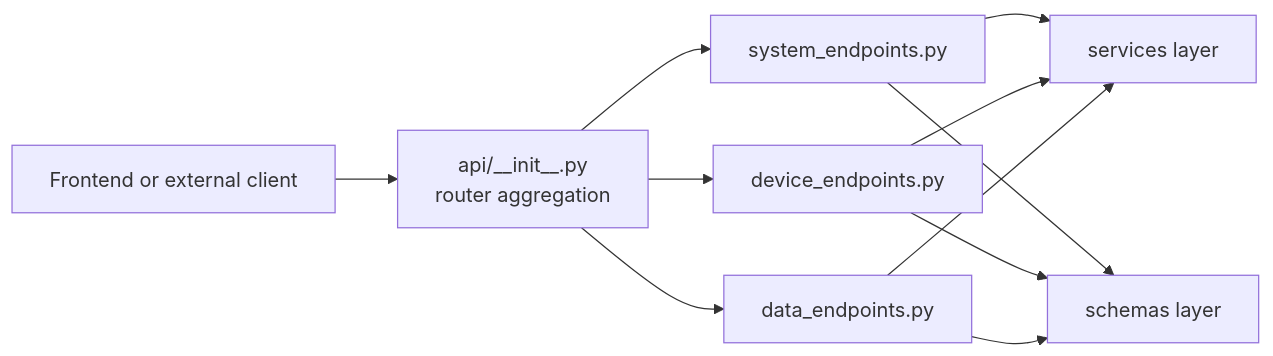
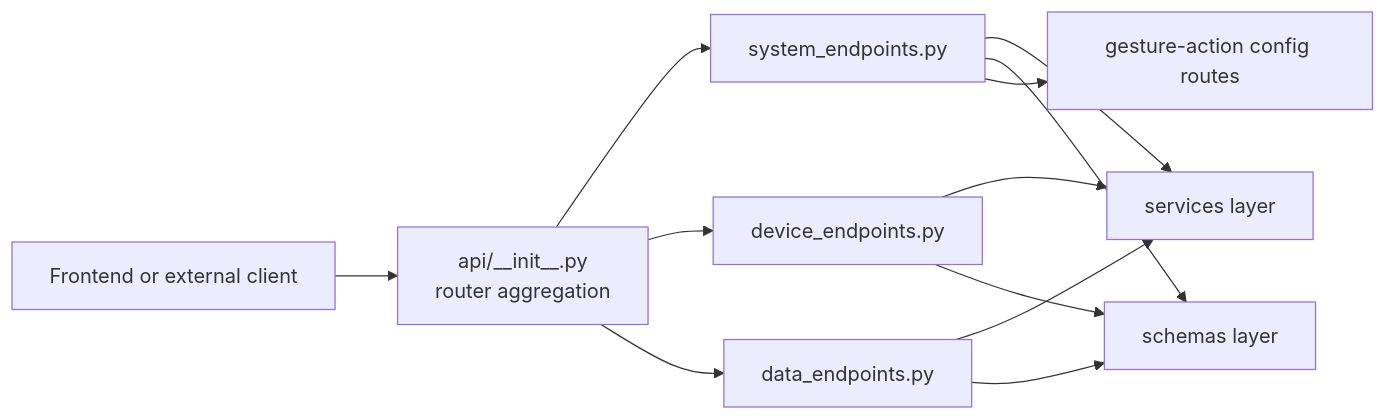
Before and after one commit to SebastianRieger/Software-Engineering: the diagram in Backend/src/api/apiArch.md, drawn with Mermaid. The commit also changed other lines of this file and 30 other files, not shown here.

````diff
--- a/Backend/src/api/apiArch.md
+++ b/Backend/src/api/apiArch.md
@@ -48,21 +48,23 @@
 ```mermaid
 flowchart LR
     Client[Frontend or external client]
     Router[api/__init__.py\nrouter aggregation]
     SystemRoutes[system_endpoints.py]
     DeviceRoutes[device_endpoints.py]
     DataRoutes[data_endpoints.py]
     Services[services layer]
     Schemas[schemas layer]
+    ActionConfig[gesture-action config routes]
 
     Client --> Router
     Router --> SystemRoutes
     Router --> DeviceRoutes
     Router --> DataRoutes
     SystemRoutes --> Services
     DeviceRoutes --> Services
     DataRoutes --> Services
     SystemRoutes --> Schemas
     DeviceRoutes --> Schemas
     DataRoutes --> Schemas
+    SystemRoutes --> ActionConfig
 ```
````
